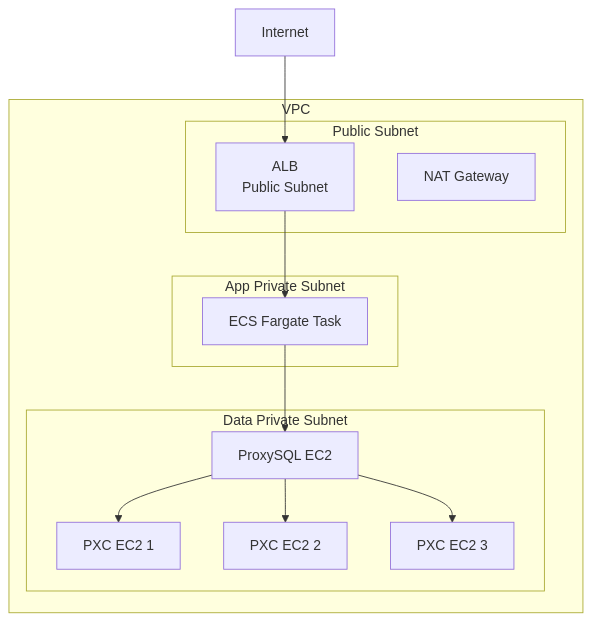
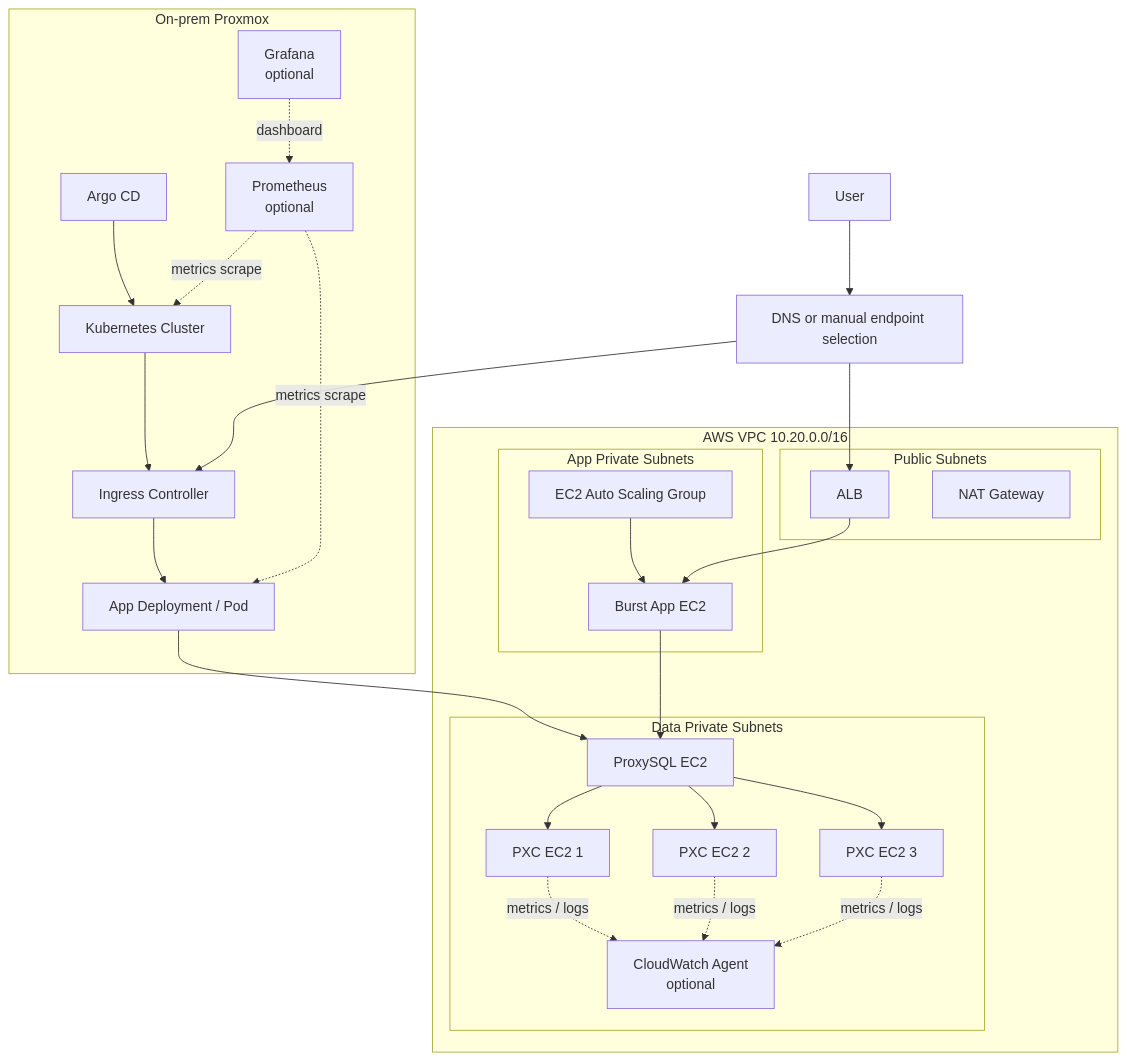
One commit to KosaCloudTeam2/infra-platform changed the diagram in docs/architecture/build-up/01_network_iac.md. Above: the diagram before and after it, drawn with Mermaid. The commit also changed other lines of this file and 35 other files, not shown here.

````diff
--- a/docs/architecture/build-up/01_network_iac.md
+++ b/docs/architecture/build-up/01_network_iac.md
@@ -27,28 +27,52 @@
 ```mermaid
 flowchart TB
-    Internet["Internet"] --> ALB["ALB<br/>Public Subnet"]
+    User["User"] --> Traffic["DNS or manual endpoint selection"]
 
-    subgraph VPC["VPC"]
-        subgraph Public["Public Subnet"]
-            ALB
+    subgraph OnPrem["On-prem Proxmox"]
+        K8s["Kubernetes Cluster"]
+        Ingress["Ingress Controller"]
+        AppPod["App Deployment / Pod"]
+        Argo["Argo CD"]
+        Prom["Prometheus<br/>optional"]
+        Grafana["Grafana<br/>optional"]
+        Argo --> K8s
+        K8s --> Ingress
+        Ingress --> AppPod
+        Prom -. "metrics scrape" .-> K8s
+        Prom -. "metrics scrape" .-> AppPod
+        Grafana -. "dashboard" .-> Prom
+    end
+
+    subgraph VPC["AWS VPC 10.20.0.0/16"]
+        subgraph Public["Public Subnets"]
+            ALB["ALB"]
             NAT["NAT Gateway"]
         end
 
-        subgraph App["App Private Subnet"]
-            ECS["ECS Fargate Task"]
+        subgraph App["App Private Subnets"]
+            ASG["EC2 Auto Scaling Group"]
+            BurstEC2["Burst App EC2"]
+            ASG --> BurstEC2
         end
 
-        subgraph Data["Data Private Subnet"]
+        subgraph Data["Data Private Subnets"]
             Proxy["ProxySQL EC2"]
             PXC1["PXC EC2 1"]
             PXC2["PXC EC2 2"]
             PXC3["PXC EC2 3"]
+            CWAgent["CloudWatch Agent<br/>optional"]
         end
     end
 
-    ALB --> ECS
-    ECS --> Proxy
+    Traffic --> Ingress
+    Traffic --> ALB
+    ALB --> BurstEC2
+    AppPod --> Proxy
+    BurstEC2 --> Proxy
     Proxy --> PXC1
     Proxy --> PXC2
     Proxy --> PXC3
+    PXC1 -. "metrics / logs" .-> CWAgent
+    PXC2 -. "metrics / logs" .-> CWAgent
+    PXC3 -. "metrics / logs" .-> CWAgent
 ```
````
